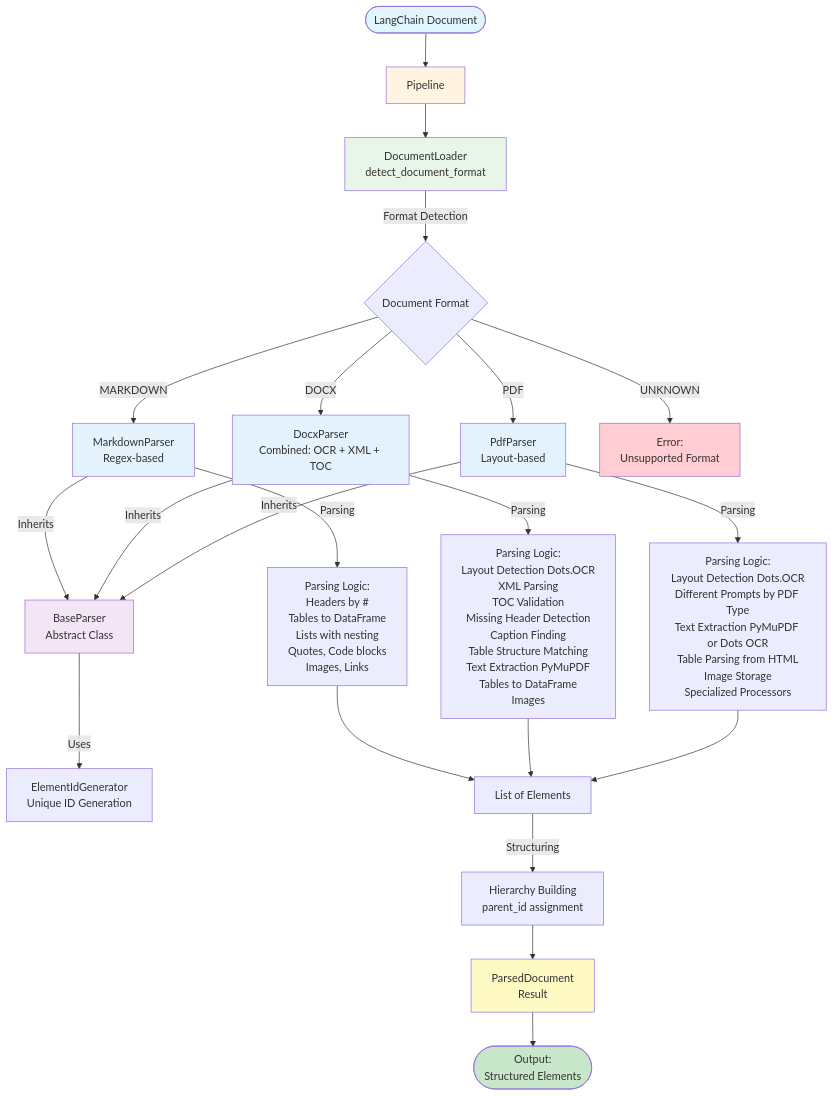
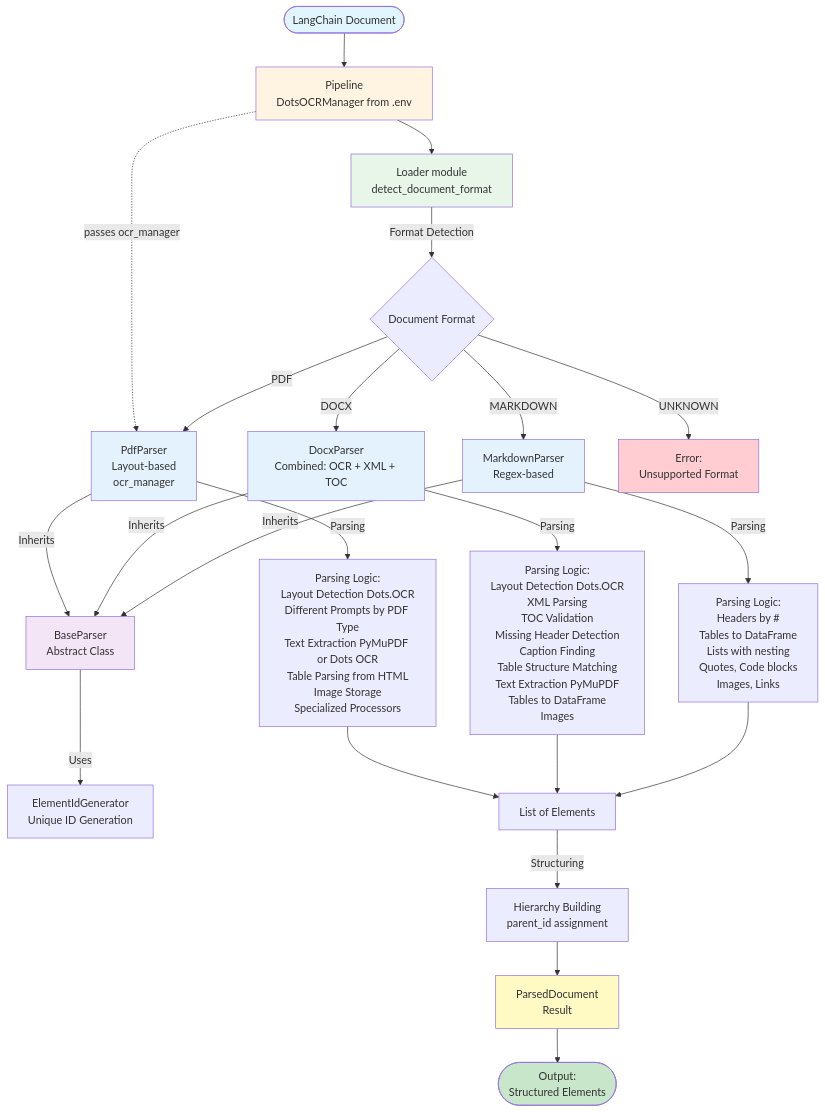
The first of 5 diagrams in docs/architecture_diagram.md (aimclub/documentor), drawn with Mermaid before and after one commit. The commit also changed other lines of this file and 4 other files, not shown here.

First line of the commit message:
update architecture diagram (#41)

````diff
--- a/docs/architecture_diagram.md
+++ b/docs/architecture_diagram.md
@@ -5,46 +7,48 @@
 ```mermaid
 graph TB
-    Start([LangChain Document]) --> Pipeline[Pipeline]
+    Start([LangChain Document]) --> Pipeline[Pipeline<br/>DotsOCRManager from .env]
     
-    Pipeline --> Loader[DocumentLoader<br/>detect_document_format]
+    Pipeline --> Loader[Loader module<br/>detect_document_format]
     
     Loader -->|Format Detection| FormatCheck{Document Format}
     
     FormatCheck -->|MARKDOWN| MarkdownParser[MarkdownParser<br/>Regex-based]
     FormatCheck -->|DOCX| DocxParser[DocxParser<br/>Combined: OCR + XML + TOC]
-    FormatCheck -->|PDF| PdfParser[PdfParser<br/>Layout-based]
+    FormatCheck -->|PDF| PdfParser[PdfParser<br/>Layout-based<br/>ocr_manager]
     FormatCheck -->|UNKNOWN| Error[Error:<br/>Unsupported Format]
+    
+    Pipeline -.->|passes ocr_manager| PdfParser
     
     MarkdownParser -->|Inherits| BaseParser[BaseParser<br/>Abstract Class]
     DocxParser -->|Inherits| BaseParser
     PdfParser -->|Inherits| BaseParser
     
     BaseParser -->|Uses| IdGenerator[ElementIdGenerator<br/>Unique ID Generation]
     
     MarkdownParser -->|Parsing| MarkdownLogic["Parsing Logic:<br/>Headers by #<br/>Tables to DataFrame<br/>Lists with nesting<br/>Quotes, Code blocks<br/>Images, Links"]
     
     DocxParser -->|Parsing| DocxLogic["Parsing Logic:<br/>Layout Detection Dots.OCR<br/>XML Parsing<br/>TOC Validation<br/>Missing Header Detection<br/>Caption Finding<br/>Table Structure Matching<br/>Text Extraction PyMuPDF<br/>Tables to DataFrame<br/>Images"]
     
     PdfParser -->|Parsing| PdfLogic["Parsing Logic:<br/>Layout Detection Dots.OCR<br/>Different Prompts by PDF Type<br/>Text Extraction PyMuPDF or Dots OCR<br/>Table Parsing from HTML<br/>Image Storage<br/>Specialized Processors"]
     
     MarkdownLogic --> Elements[List of Elements]
     DocxLogic --> Elements
     PdfLogic --> Elements
     
     Elements -->|Structuring| Hierarchy[Hierarchy Building<br/>parent_id assignment]
     
     Hierarchy --> ParsedDoc[ParsedDocument<br/>Result]
     
     ParsedDoc --> Output([Output:<br/>Structured Elements])
     
     style Start fill:#e1f5ff
     style Pipeline fill:#fff4e1
     style Loader fill:#e8f5e9
     style BaseParser fill:#f3e5f5
     style MarkdownParser fill:#e3f2fd
     style DocxParser fill:#e3f2fd
     style PdfParser fill:#e3f2fd
     style ParsedDoc fill:#fff9c4
     style Output fill:#c8e6c9
     style Error fill:#ffcdd2
 ```
````
